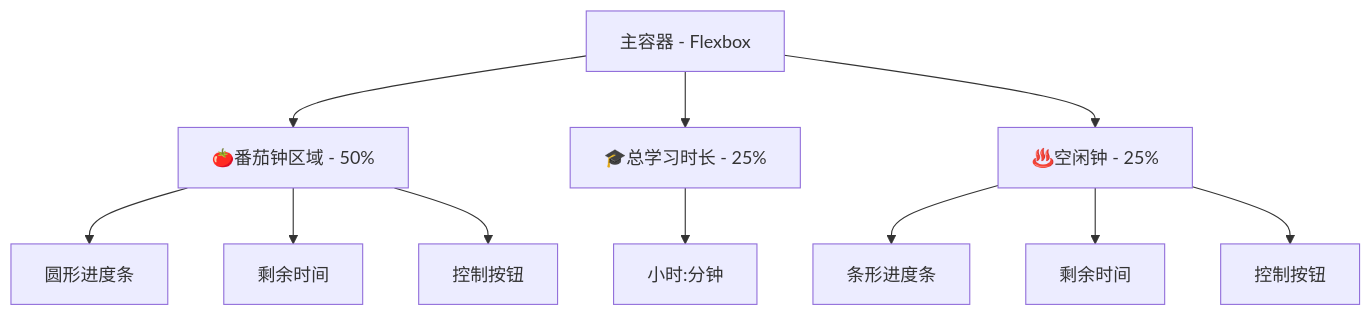
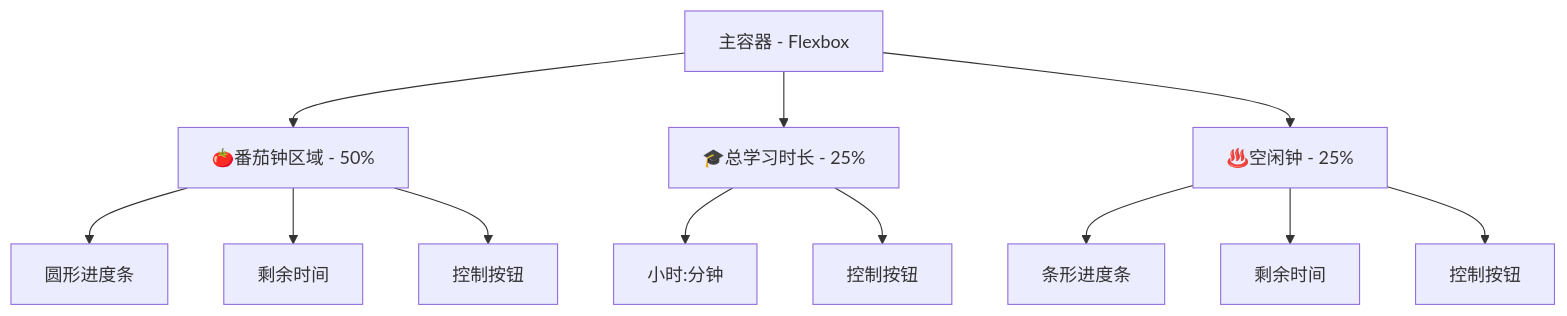
The second of 3 diagrams in docs/design.md (PJ-568/time-of-studying), drawn with Mermaid before and after one commit. The commit also changed other lines of this file and 1 other file, not shown here.

````diff
--- a/docs/design.md
+++ b/docs/design.md
@@ -82,16 +91,17 @@
 ```mermaid
 graph TD
     A[主容器 - Flexbox] --> B[🍅番茄钟区域 - 50%];
     A --> C[🎓总学习时长 - 25%];
     A --> D[♨️空闲钟 - 25%];
 
     B --> B1[圆形进度条];
     B --> B2[剩余时间];
     B --> B3[控制按钮];
 
     C --> C1["小时:分钟"];
+    C --> C2[控制按钮];
 
     D --> D1[条形进度条];
     D --> D2[剩余时间];
     D --> D3[控制按钮];
 ```
````
